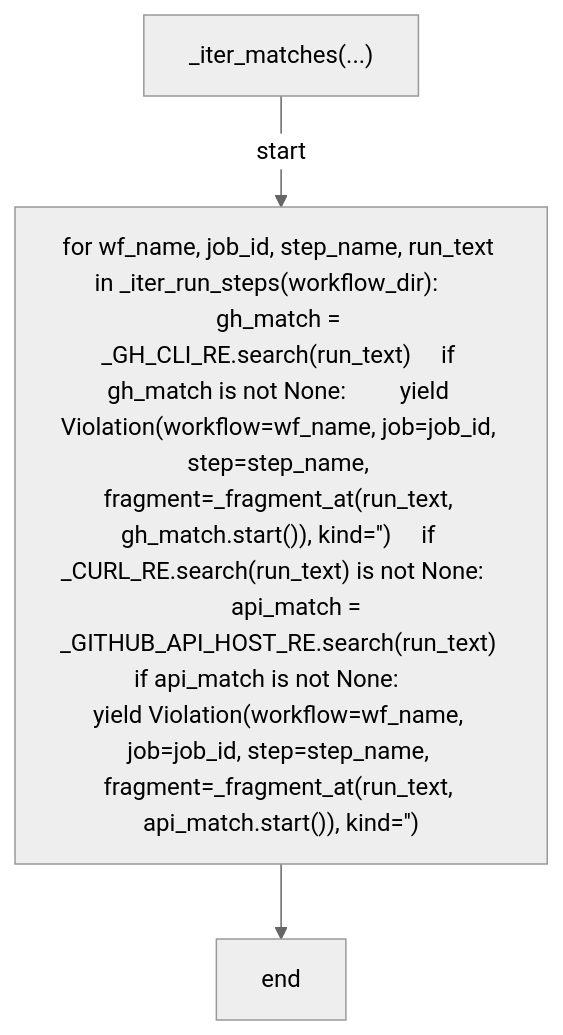
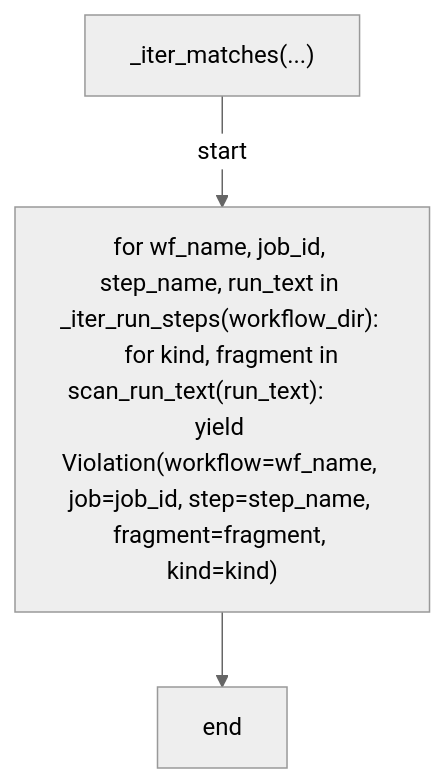
Before and after one commit to tvna/claude-md: the sixth of 8 diagrams in docs/generated/scripts/ast/scan_workflow_gh_calls.md, drawn with Mermaid (neutral theme). The commit also changed other lines of this file and 7 other files, not shown here.

First line of the commit message:
docs(generated): regenerate decision tree and workflow diagrams

````diff
--- a/docs/generated/scripts/ast/scan_workflow_gh_calls.md
+++ b/docs/generated/scripts/ast/scan_workflow_gh_calls.md
@@ -44,8 +83,8 @@
 ```mermaid
 flowchart TD
     N001["_iter_matches(...)"]
-    N002["for wf_name, job_id, step_name, run_text in _iter_run_steps(workflow_dir):     gh_match = _GH_CLI_RE.search(run_text)     if gh_match is not None:         yield Violation(workflow=wf_name, job=job_id, step=step_name, fragment=_fragment_at(run_text, gh_match.start()), kind='<str>')     if _CURL_RE.search(run_text) is not None:         api_match = _GITHUB_API_HOST_RE.search(run_text)         if api_match is not None:             yield Violation(workflow=wf_name, job=job_id, step=step_name, fragment=_fragment_at(run_text, api_match.start()), kind='<str>')"]
+    N002["for wf_name, job_id, step_name, run_text in _iter_run_steps(workflow_dir):     for kind, fragment in scan_run_text(run_text):         yield Violation(workflow=wf_name, job=job_id, step=step_name, fragment=fragment, kind=kind)"]
     N003["end"]
     N001 -->|"start"| N002
     N002 --> N003
 ```
````
